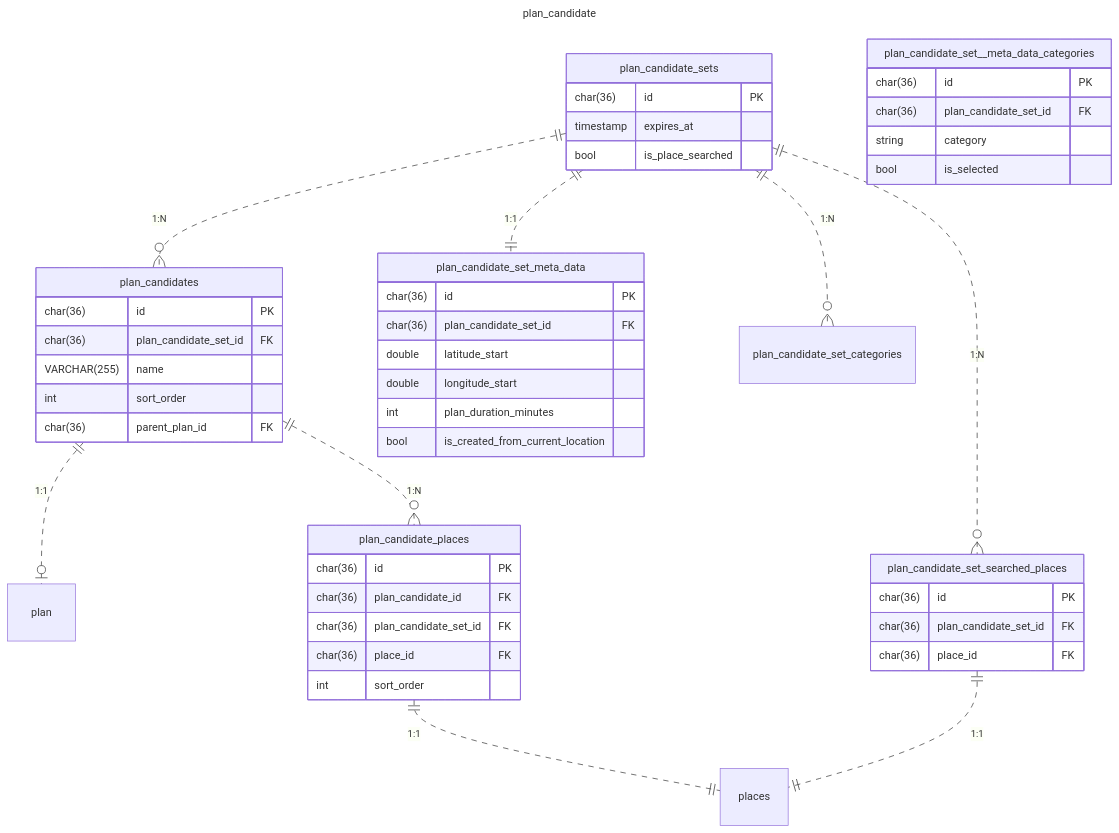
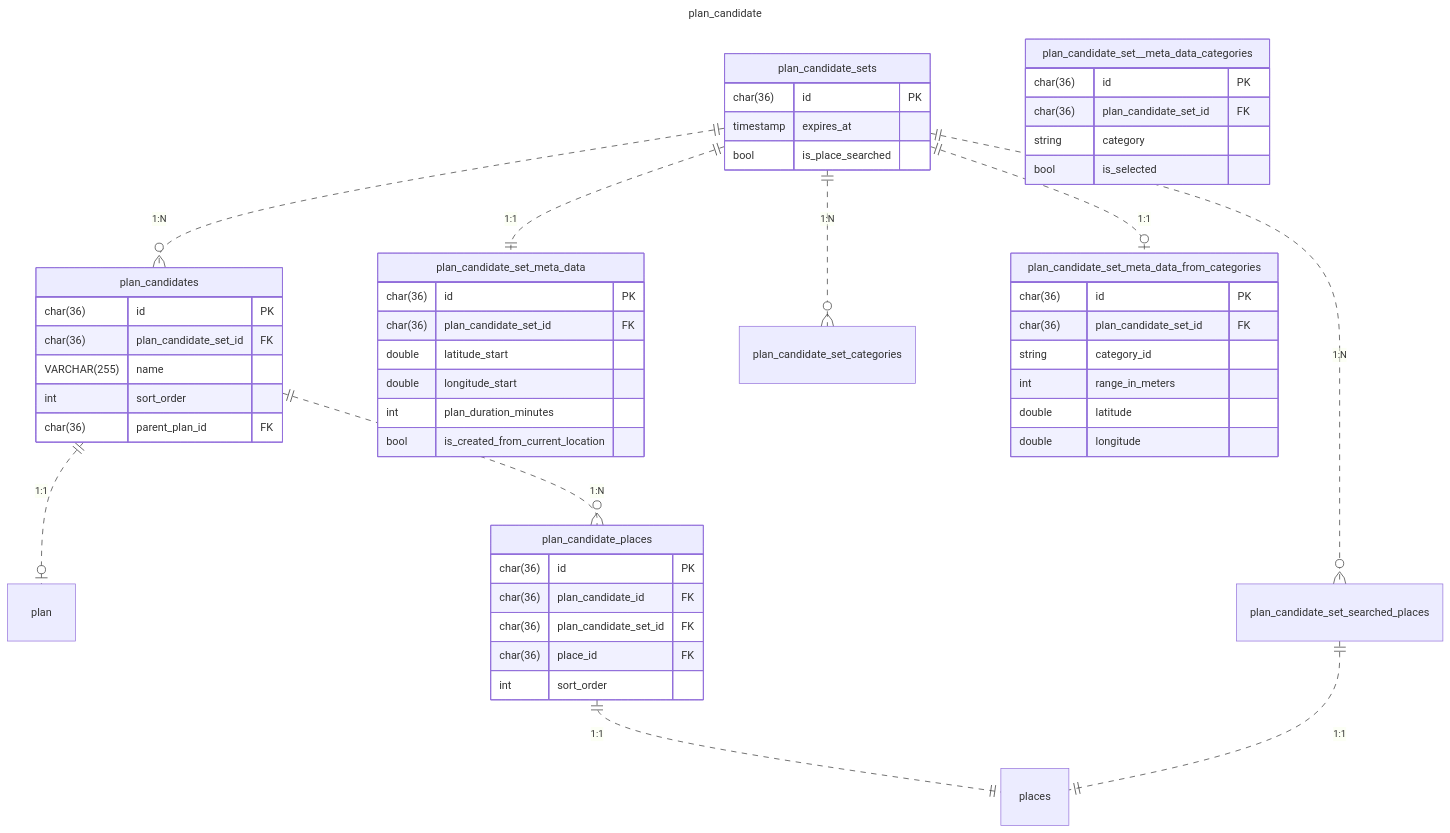
One commit to poroto-app/planner changed the fourth of 8 diagrams in doc/database/er.md. Above: the diagram before and after it, drawn with Mermaid. The commit also changed other lines of this file, not shown here.

````diff
--- a/doc/database/er.md
+++ b/doc/database/er.md
@@ -128,59 +139,63 @@
 ```mermaid
 ---
 title: plan_candidate
 ---
 erDiagram
     plan_candidate_sets {
         char(36) id PK
         timestamp expires_at
         bool is_place_searched
     }
 
     plan_candidate_set_meta_data {
         char(36) id PK
         char(36) plan_candidate_set_id FK
         double latitude_start
         double longitude_start
         int plan_duration_minutes
         bool is_created_from_current_location
     }
 
-    plan_candidate_set_searched_places {
-        char(36) id PK
-        char(36) plan_candidate_set_id FK
-        char(36) place_id FK
-    }
-
     plan_candidate_set__meta_data_categories {
         char(36) id PK
         char(36) plan_candidate_set_id FK
         string category
         bool is_selected
+    }
+
+    plan_candidate_set_meta_data_from_categories {
+        char(36) id PK
+        char(36) plan_candidate_set_id FK
+        string category_id
+        int range_in_meters
+        double latitude
+        double longitude
     }
 
     plan_candidates {
         char(36) id PK
         char(36) plan_candidate_set_id FK
         VARCHAR(255) name
         int sort_order
         %%  もとになったプラン（カスタム元になったプラン等） 
       char(36) parent_plan_id FK
     }
 
     plan_candidate_places {
         char(36) id PK
         char(36) plan_candidate_id FK
         char(36) plan_candidate_set_id FK
         char(36) place_id FK
         int sort_order
     }
 
     plan_candidate_sets ||..o{ plan_candidates: "1:N"
     plan_candidate_sets ||..|| plan_candidate_set_meta_data: "1:1"
     plan_candidate_sets ||..o{ plan_candidate_set_categories: "1:N"
+    plan_candidate_sets ||..o| plan_candidate_set_meta_data_from_categories: "1:1"
     plan_candidate_sets ||..o{ plan_candidate_set_searched_places: "1:N"
-    plan_candidates ||..o| plan : "1:1"
+    plan_candidates ||..o| plan: "1:1"
     plan_candidates ||..o{ plan_candidate_places: "1:N"
     plan_candidate_places ||..|| places: "1:1"
     plan_candidate_set_searched_places ||..|| places: "1:1"
 ```
````
